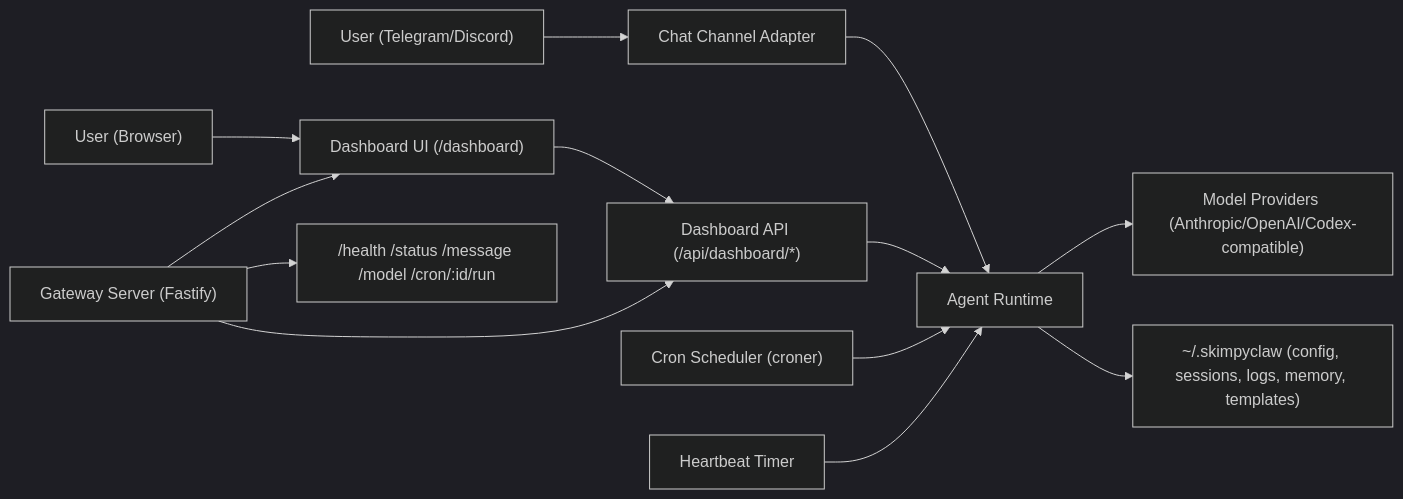
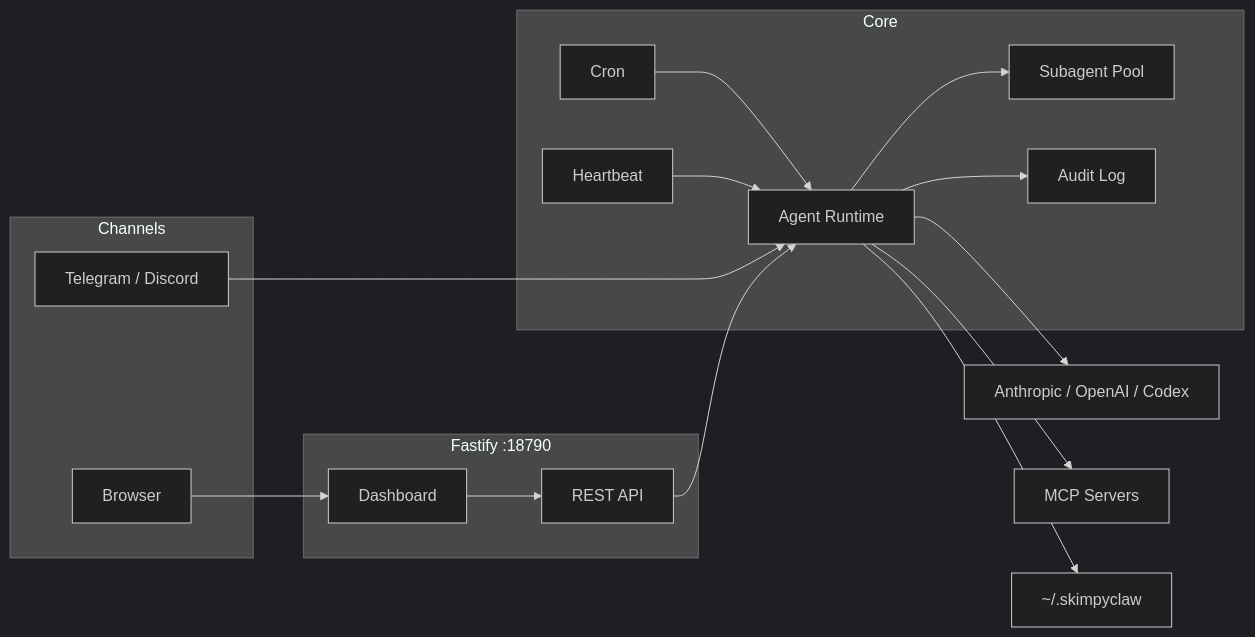
One commit to kat3samsin/skimpyclaw changed the diagram in README.md. Above: the diagram before and after it, drawn with Mermaid (dark theme). The commit also changed other lines of this file and 12 other files, not shown here.

````diff
--- a/README.md
+++ b/README.md
@@ -30,15 +35,30 @@
 ```mermaid
 flowchart LR
-  user["User (Telegram/Discord)"] --> tg["Chat Channel Adapter"]
-  user2["User (Browser)"] --> dash["Dashboard UI (/dashboard)"]
-  dash --> api["Dashboard API (/api/dashboard/*)"]
-  tg --> agent["Agent Runtime"]
-  api --> agent
-  gw["Gateway Server (Fastify)"] --> api
-  gw --> dash
-  gw --> st["/health /status /message /model /cron/:id/run"]
-  cron["Cron Scheduler (croner)"] --> agent
-  hb["Heartbeat Timer"] --> agent
-  agent --> models["Model Providers (Anthropic/OpenAI/Codex-compatible)"]
-  agent --> fs["~/.skimpyclaw (config, sessions, logs, memory, templates)"]
+  subgraph Channels
+    user["Telegram / Discord"]
+    browser["Browser"]
+  end
+
+  subgraph Gateway["Fastify :18790"]
+    dash["Dashboard"]
+    api["REST API"]
+  end
+
+  subgraph Core
+    agent["Agent Runtime"]
+    subagents["Subagent Pool"]
+    cron["Cron"]
+    hb["Heartbeat"]
+    audit["Audit Log"]
+  end
+
+  user --> agent
+  browser --> dash --> api --> agent
+  cron --> agent
+  hb --> agent
+  agent --> subagents
+  agent --> audit
+  agent --> models["Anthropic / OpenAI / Codex"]
+  agent --> mcp["MCP Servers"]
+  agent --> fs["~/.skimpyclaw"]
 ```
````
